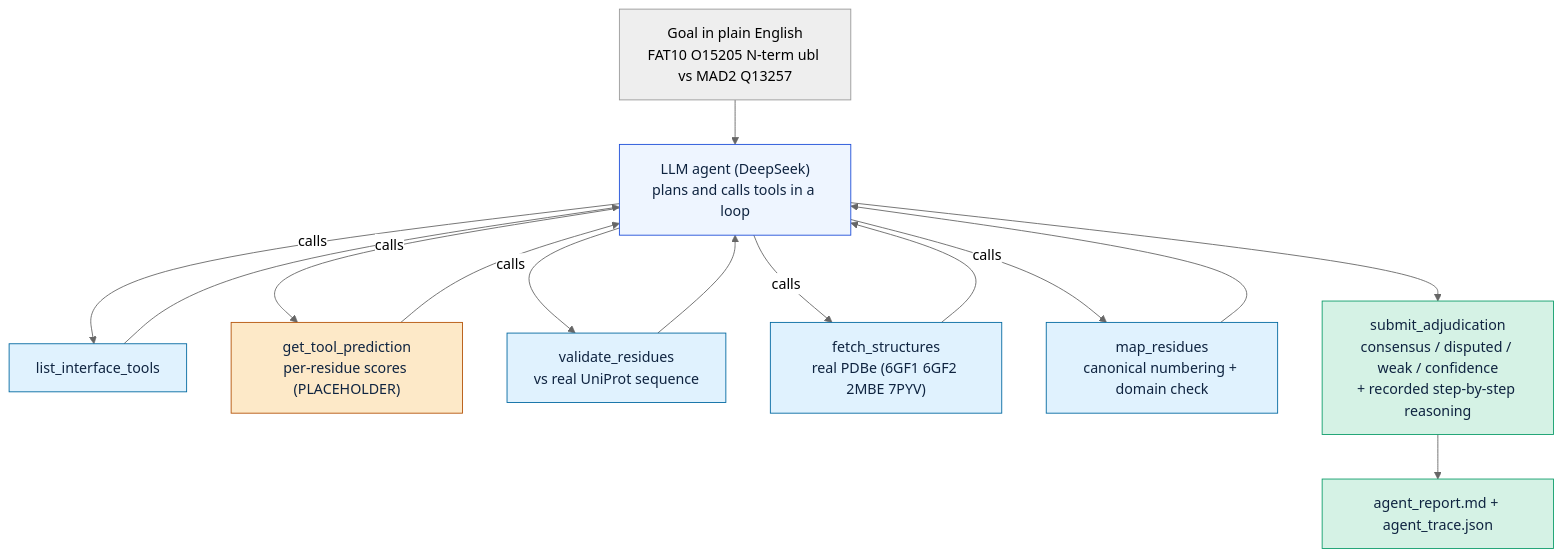
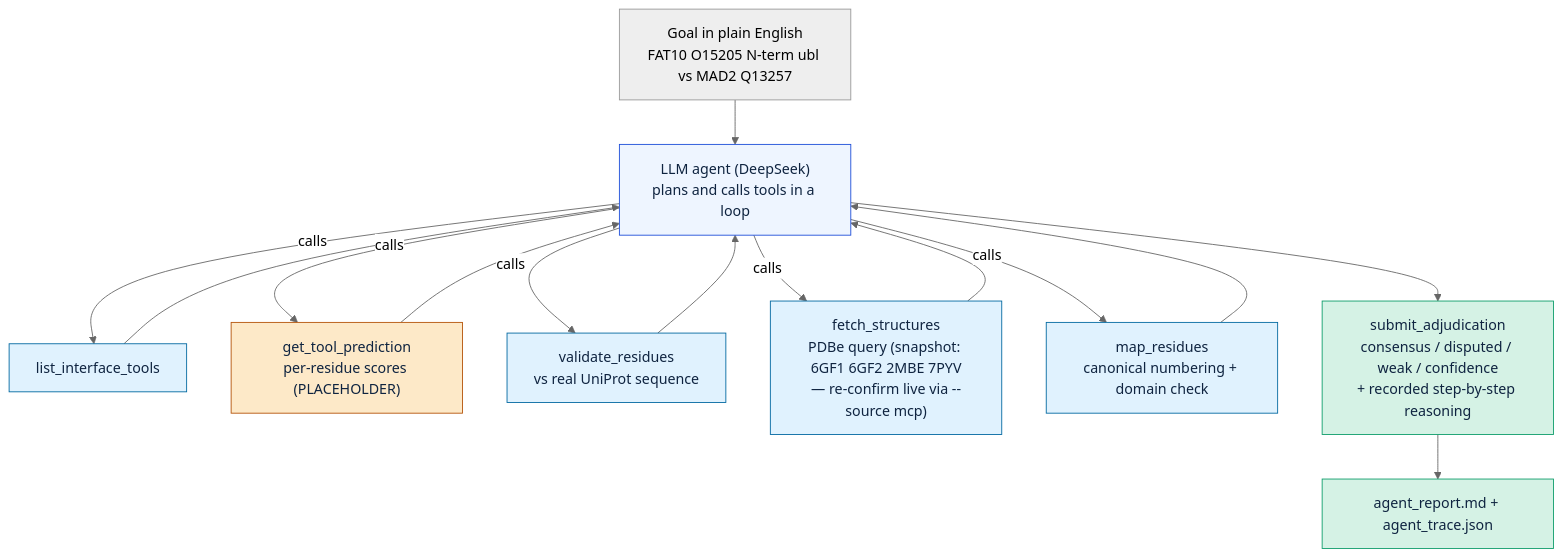
One commit to TLDDODO/sv-agent-poc changed the first of 2 diagrams in FLOW.md. Above: the diagram before and after it, drawn with Mermaid (neutral theme). The commit also changed other lines of this file and 3 other files, not shown here.

````diff
--- a/FLOW.md
+++ b/FLOW.md
@@ -15,29 +16,29 @@
 ```mermaid
 flowchart TD
     G["Goal in plain English<br/>FAT10 O15205 N-term ubl vs MAD2 Q13257"]
     G --> AG["LLM agent (DeepSeek)<br/>plans and calls tools in a loop"]
 
     AG -->|calls| T1["list_interface_tools"]
     AG -->|calls| T2["get_tool_prediction<br/>per-residue scores (PLACEHOLDER)"]
     AG -->|calls| T3["validate_residues<br/>vs real UniProt sequence"]
-    AG -->|calls| T4["fetch_structures<br/>real PDBe (6GF1 6GF2 2MBE 7PYV)"]
+    AG -->|calls| T4["fetch_structures<br/>PDBe query (snapshot: 6GF1 6GF2 2MBE 7PYV<br/>— re-confirm live via --source mcp)"]
     AG -->|calls| T5["map_residues<br/>canonical numbering + domain check"]
 
     T1 --> AG
     T2 --> AG
     T3 --> AG
     T4 --> AG
     T5 --> AG
 
     AG --> SUB["submit_adjudication<br/>consensus / disputed / weak / confidence<br/>+ recorded step-by-step reasoning"]
     SUB --> REP["agent_report.md + agent_trace.json"]
 
     classDef agent fill:#eef5ff,stroke:#1d4ed8,color:#0f2440;
     classDef tool fill:#e0f2fe,stroke:#0369a1,color:#0f2440;
     classDef warn fill:#fde9c8,stroke:#b45309,color:#0f2440;
     classDef good fill:#d5f2e5,stroke:#0f9d6b,color:#0f2440;
     class AG agent;
     class T1,T3,T4,T5 tool;
     class T2 warn;
     class SUB,REP good;
 ```
````
